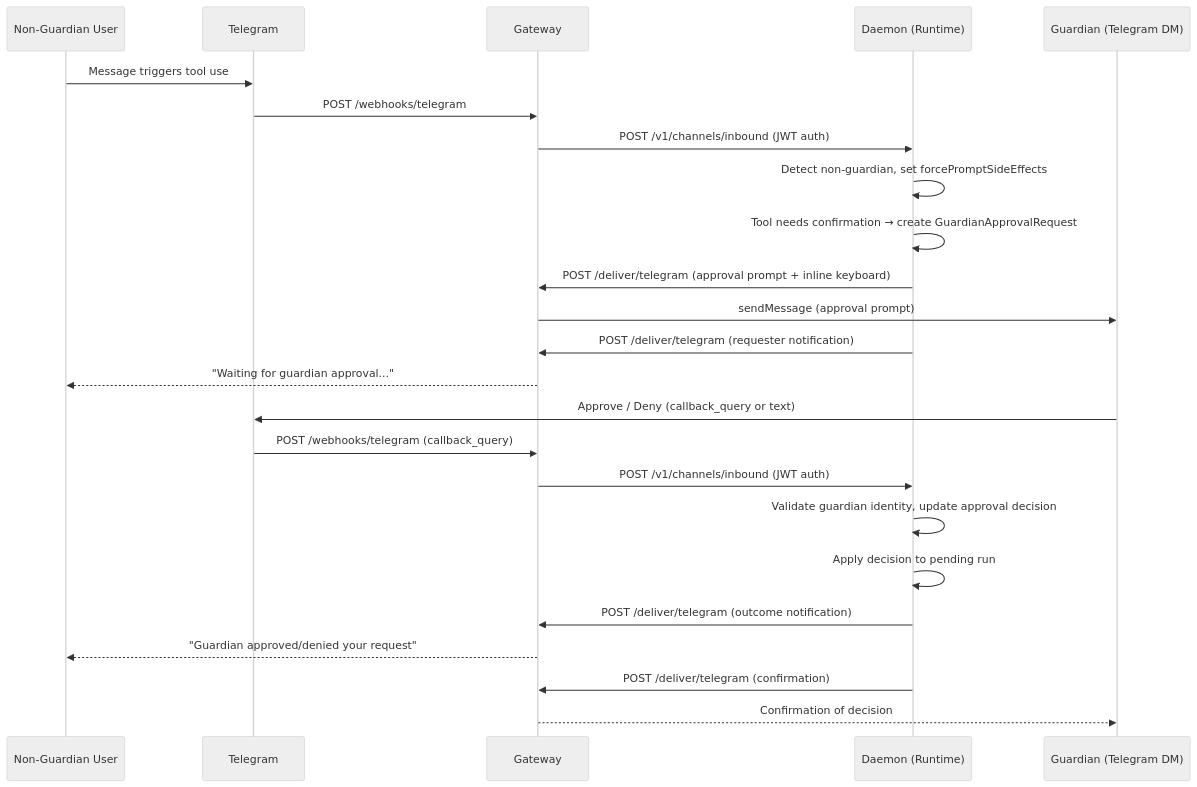
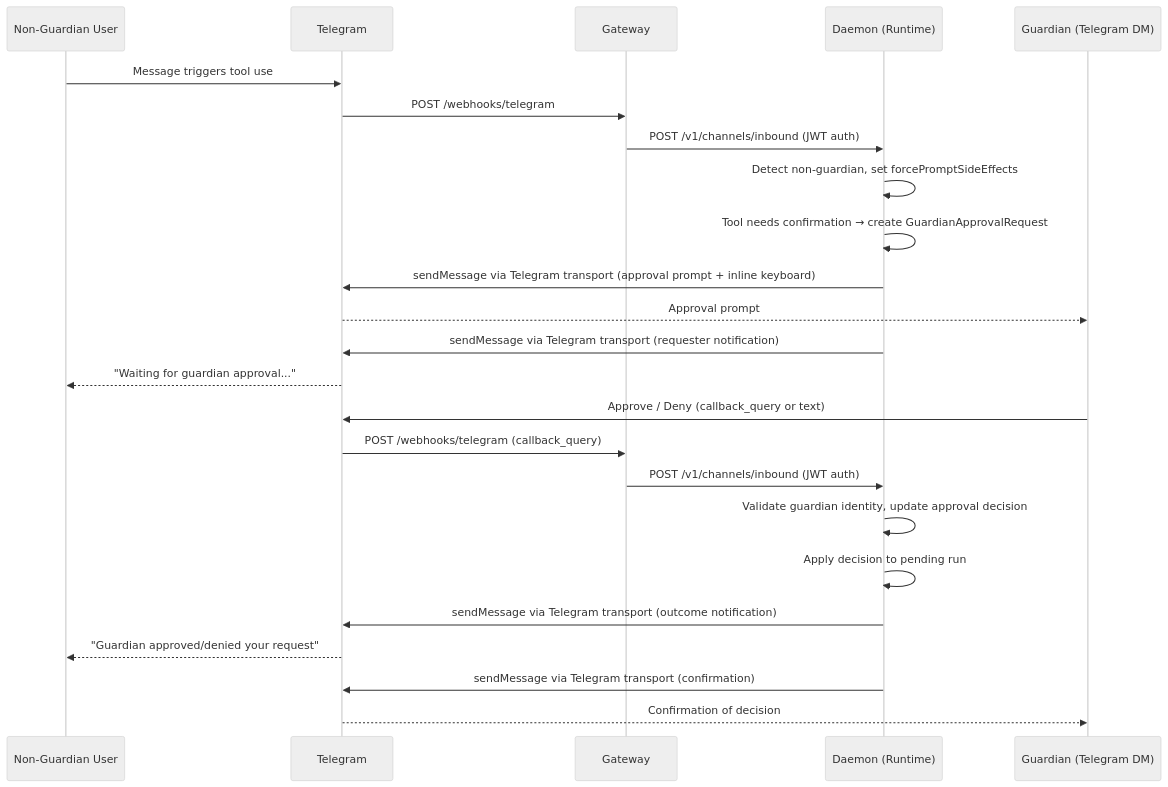
Before and after one commit to Sufyan009/vellum-assistant: the third of 5 diagrams in gateway/ARCHITECTURE.md, drawn with Mermaid (neutral theme). The commit also changed other lines of this file and 1 other file, not shown here.

First line of the commit message:
docs(gateway): describe channel replies going out through the daemon's transports (#43000)

````diff
--- a/gateway/ARCHITECTURE.md
+++ b/gateway/ARCHITECTURE.md
@@ -552,27 +551,27 @@
 ```mermaid
 sequenceDiagram
     participant NG as Non-Guardian User
     participant TG as Telegram
     participant GW as Gateway
     participant Daemon as Daemon (Runtime)
     participant Guardian as Guardian (Telegram DM)
 
     NG->>TG: Message triggers tool use
     TG->>GW: POST /webhooks/telegram
     GW->>Daemon: POST /v1/channels/inbound (JWT auth)
     Daemon->>Daemon: Detect non-guardian, set forcePromptSideEffects
     Daemon->>Daemon: Tool needs confirmation → create GuardianApprovalRequest
-    Daemon->>GW: POST /deliver/telegram (approval prompt + inline keyboard)
-    GW->>Guardian: sendMessage (approval prompt)
-    Daemon->>GW: POST /deliver/telegram (requester notification)
-    GW-->>NG: "Waiting for guardian approval..."
+    Daemon->>TG: sendMessage via Telegram transport (approval prompt + inline keyboard)
+    TG-->>Guardian: Approval prompt
+    Daemon->>TG: sendMessage via Telegram transport (requester notification)
+    TG-->>NG: "Waiting for guardian approval..."
     Guardian->>TG: Approve / Deny (callback_query or text)
     TG->>GW: POST /webhooks/telegram (callback_query)
     GW->>Daemon: POST /v1/channels/inbound (JWT auth)
     Daemon->>Daemon: Validate guardian identity, update approval decision
     Daemon->>Daemon: Apply decision to pending run
-    Daemon->>GW: POST /deliver/telegram (outcome notification)
-    GW-->>NG: "Guardian approved/denied your request"
-    Daemon->>GW: POST /deliver/telegram (confirmation)
-    GW-->>Guardian: Confirmation of decision
+    Daemon->>TG: sendMessage via Telegram transport (outcome notification)
+    TG-->>NG: "Guardian approved/denied your request"
+    Daemon->>TG: sendMessage via Telegram transport (confirmation)
+    TG-->>Guardian: Confirmation of decision
 ```
````
